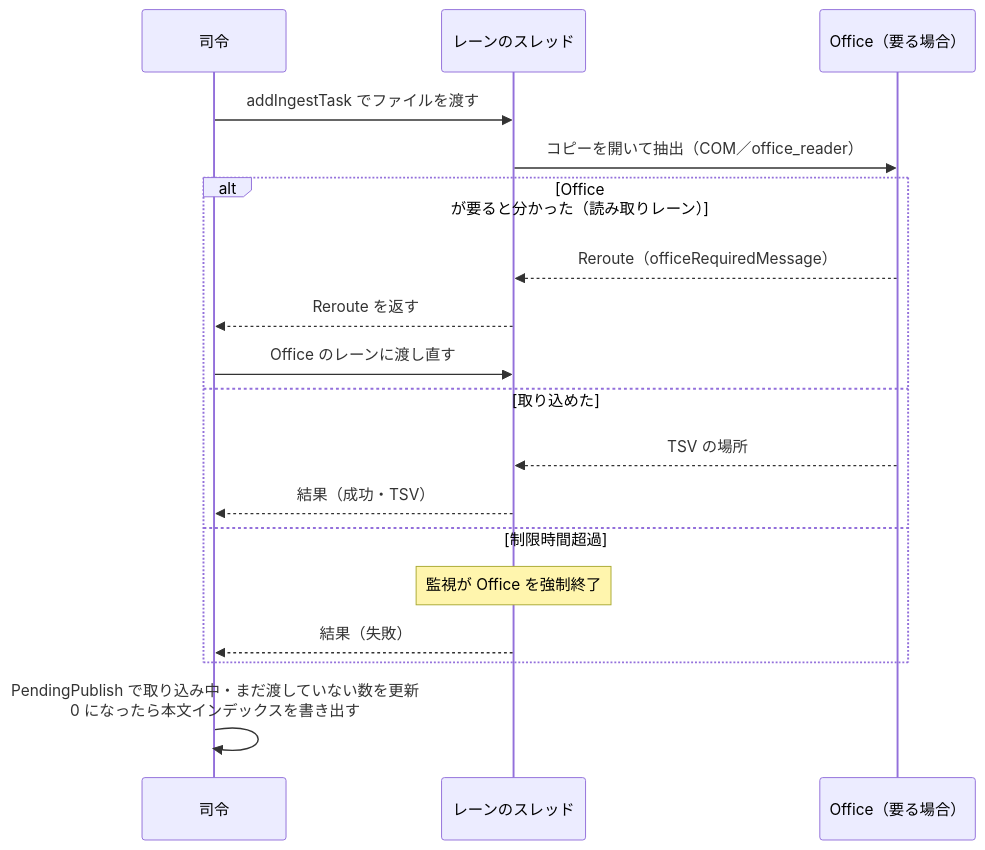
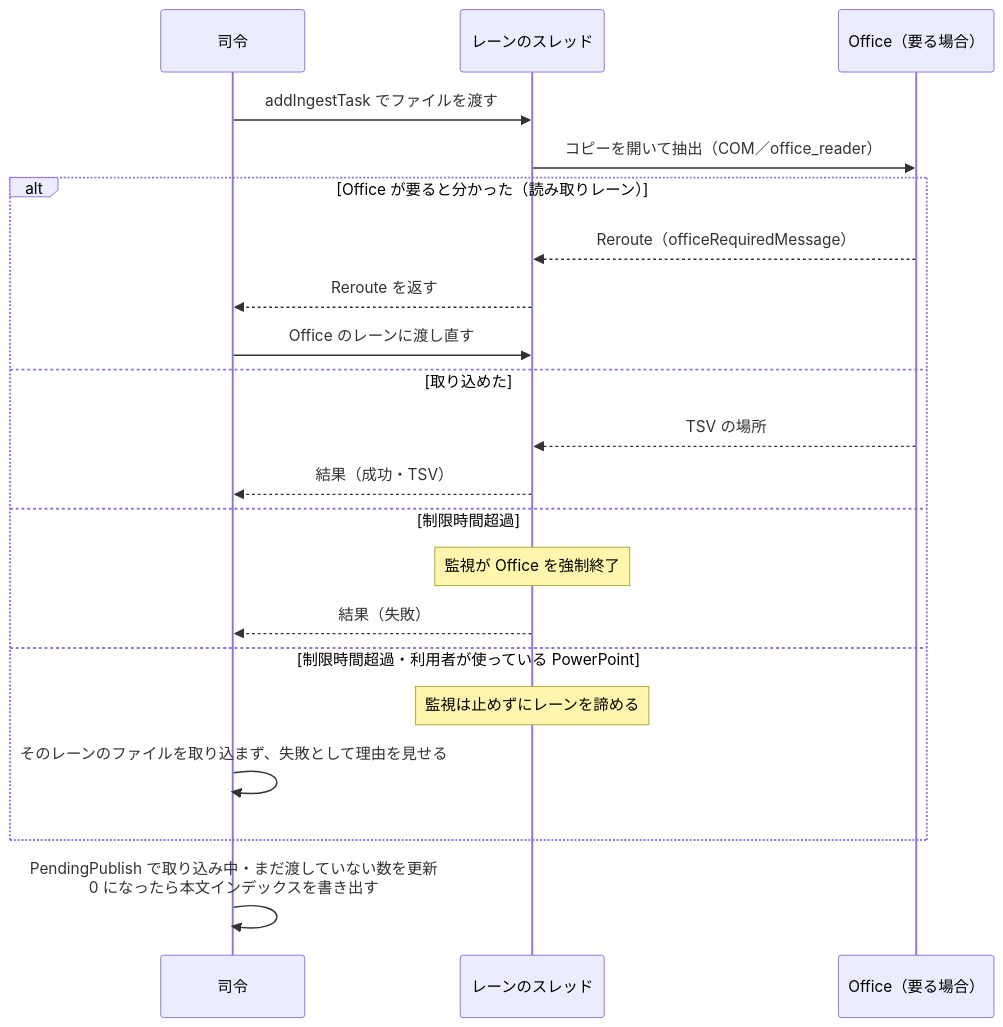
The second of 2 diagrams in docs/design/indexing/parallel.md (hsgwa/tebunko), drawn with Mermaid before and after one commit. The commit also changed other lines of this file and 38 other files, not shown here.

First line of the commit message:
fix: 利用者が使っている PowerPoint を強制終了せず、取り込めなかったファイルを失敗として理由付きで見せる (#197)

````diff
--- a/docs/design/indexing/parallel.md
+++ b/docs/design/indexing/parallel.md
@@ -31,21 +31,24 @@
 ```mermaid
 sequenceDiagram
     participant C as 司令
     participant W as レーンのスレッド
     participant O as Office（要る場合）
 
     C->>W: addIngestTask でファイルを渡す
     W->>O: コピーを開いて抽出（COM／office_reader）
     alt Office が要ると分かった（読み取りレーン）
         O-->>W: Reroute（officeRequiredMessage）
         W-->>C: Reroute を返す
         C->>W: Office のレーンに渡し直す
     else 取り込めた
         O-->>W: TSV の場所
         W-->>C: 結果（成功・TSV）
     else 制限時間超過
         Note over W: 監視が Office を強制終了
         W-->>C: 結果（失敗）
+    else 制限時間超過・利用者が使っている PowerPoint
+        Note over W: 監視は止めずにレーンを諦める
+        C->>C: そのレーンのファイルを取り込まず、失敗として理由を見せる
     end
     C->>C: PendingPublish で取り込み中・まだ渡していない数を更新<br>0 になったら本文インデックスを書き出す
 ```
````
